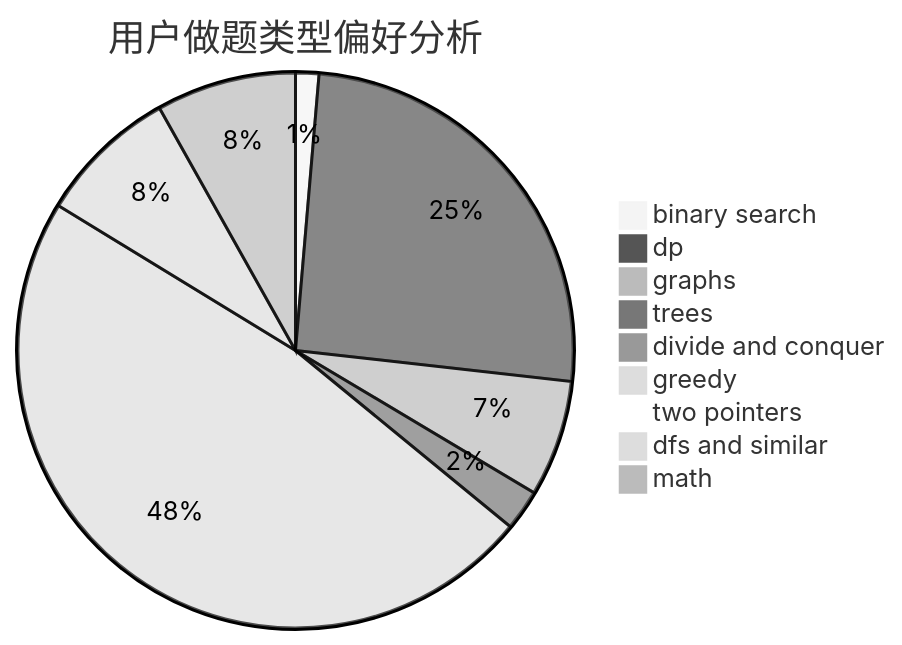
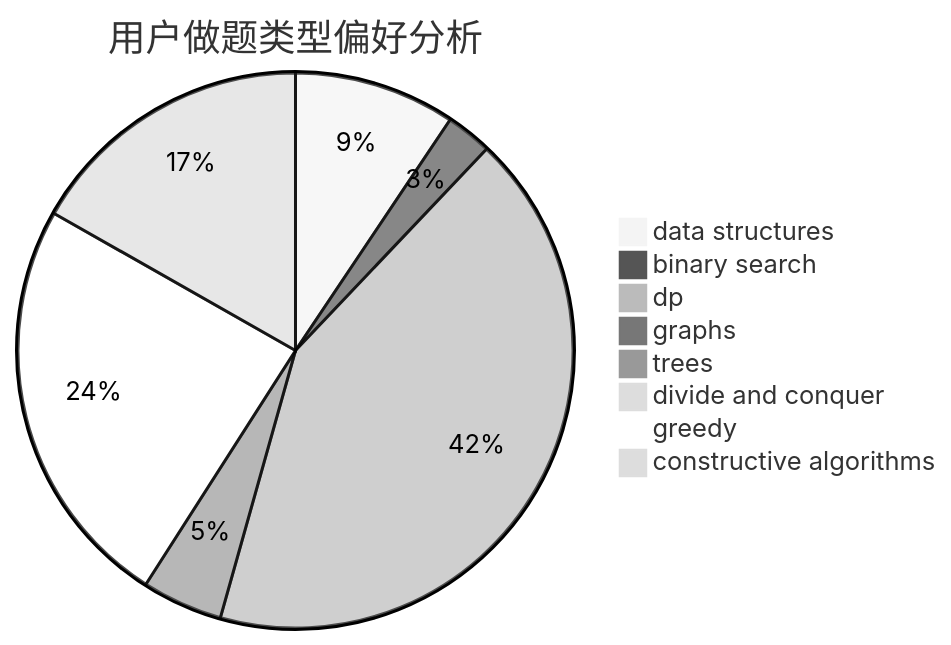
The second of 3 diagrams in docs/user/u2262.md (sherpahu/cfrs.github.io), drawn with Mermaid (neutral theme) before and after one commit. The commit also changed other lines of this file and 2775 other files, not shown here.

````diff
--- a/docs/user/u2262.md
+++ b/docs/user/u2262.md
@@ -23,12 +23,11 @@
 ```mermaid
 pie title 用户做题类型偏好分析
+    "data structures" :  14
     "binary search" :  4
-    "dp" :  75
-    "graphs" :  20
+    "dp" :  63
+    "graphs" :  0
     "trees" :  7
     "divide and conquer" :  0
-    "greedy" :  141
-    "two pointers" :  0
-    "dfs and similar" :  24
-    "math" :  24
+    "greedy" :  36
+    "constructive algorithms" :  25
 ```
````
